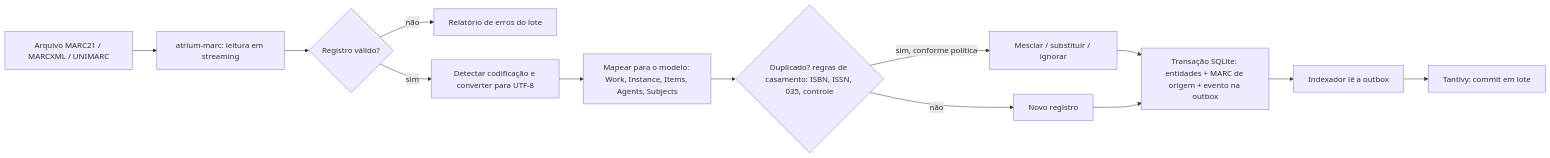
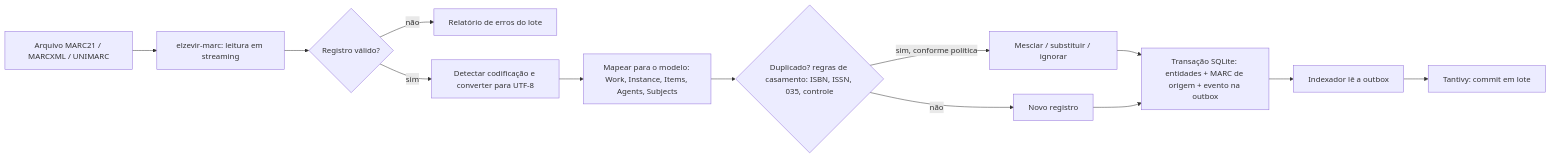
One commit to PauloFBaldiFH/Atrium changed the second of 4 diagrams in docs/arquitetura/01-avaliacao-da-arquitetura.md. Above: the diagram before and after it, drawn with Mermaid. The commit also changed other lines of this file and 169 other files, not shown here.

First line of the commit message:
refactor: renomeia o projeto de Atrium para Elzevir

````diff
--- a/docs/arquitetura/01-avaliacao-da-arquitetura.md
+++ b/docs/arquitetura/01-avaliacao-da-arquitetura.md
@@ -225,15 +225,15 @@
 ```mermaid
 flowchart LR
-    A["Arquivo MARC21 / MARCXML / UNIMARC"] --> B["atrium-marc: leitura em streaming"]
+    A["Arquivo MARC21 / MARCXML / UNIMARC"] --> B["elzevir-marc: leitura em streaming"]
     B --> C{"Registro válido?"}
     C -- não --> R["Relatório de erros do lote"]
     C -- sim --> D["Detectar codificação e converter para UTF-8"]
     D --> E["Mapear para o modelo: Work, Instance, Items, Agents, Subjects"]
     E --> F{"Duplicado? regras de casamento: ISBN, ISSN, 035, controle"}
     F -- "sim, conforme política" --> G["Mesclar / substituir / ignorar"]
     F -- não --> H["Novo registro"]
     G --> I["Transação SQLite: entidades + MARC de origem + evento na outbox"]
     H --> I
     I --> J["Indexador lê a outbox"]
     J --> K["Tantivy: commit em lote"]
 ```
````
